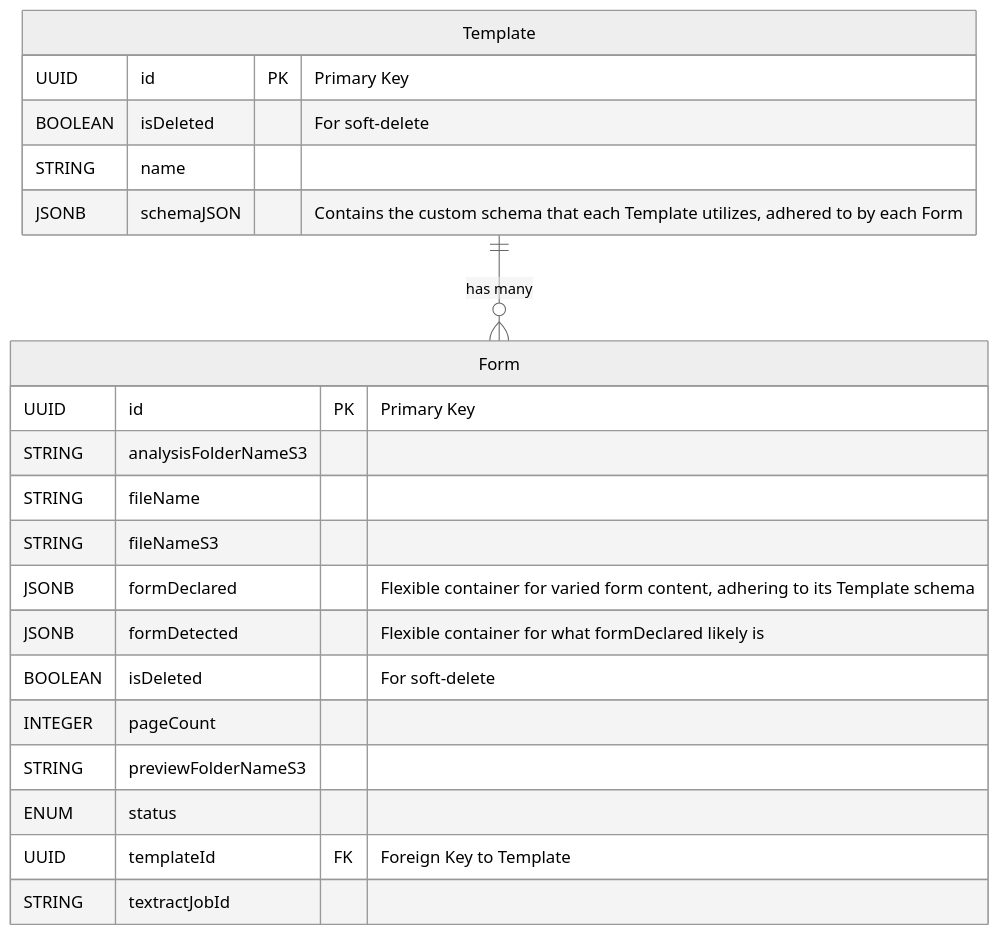
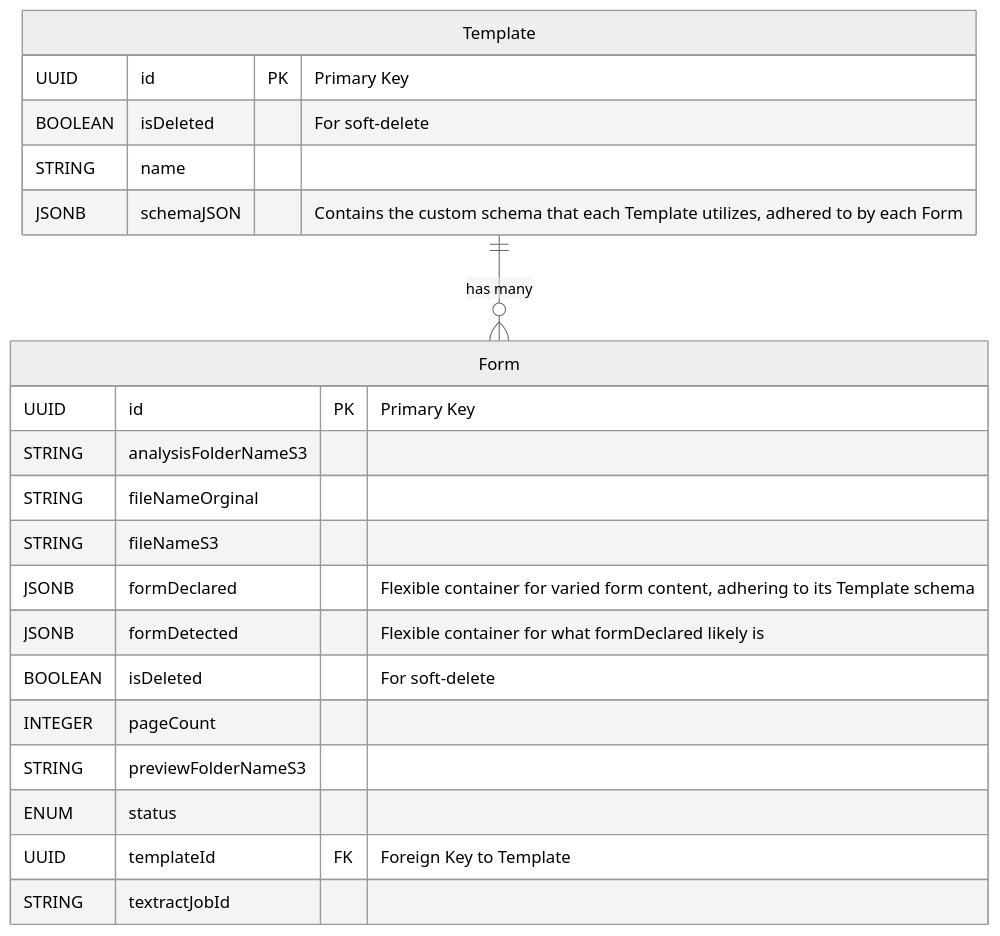
One commit to rob-mosher/form-toolbox-app changed the third of 4 diagrams in README.md. Above: the diagram before and after it, drawn with Mermaid (neutral theme). The commit also changed 6 other files, not shown here.

````diff
--- a/README.md
+++ b/README.md
@@ -115,26 +115,26 @@
 ```mermaid
 erDiagram
   Form {
     UUID id PK "Primary Key"
     STRING analysisFolderNameS3
-    STRING fileName
+    STRING fileNameOrginal
     STRING fileNameS3
     JSONB formDeclared "Flexible container for varied form content, adhering to its Template schema"
     JSONB formDetected "Flexible container for what formDeclared likely is"
     BOOLEAN isDeleted "For soft-delete"
     INTEGER pageCount
     STRING previewFolderNameS3
     ENUM status
     UUID templateId FK "Foreign Key to Template"
     STRING textractJobId
   }
 
   Template {
     UUID id PK "Primary Key"
     BOOLEAN isDeleted "For soft-delete"
     STRING name
     JSONB schemaJSON "Contains the custom schema that each Template utilizes, adhered to by each Form"
   }
 
 Template ||--o{ Form : "has many"
 ```
````
